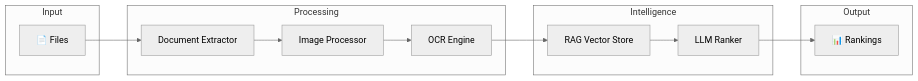
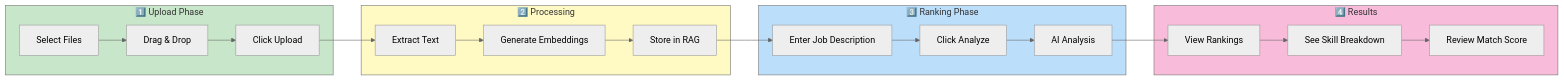
One commit to Pradnesh23/AuraAi changed the second of 4 diagrams in README.md. Above: the diagram before and after it, drawn with Mermaid (neutral theme). The commit also changed other lines of this file, not shown here.

Commit message:
Add comprehensive architecture and flow diagrams

````diff
--- a/README.md
+++ b/README.md
@@ -53,23 +74,31 @@
 ```mermaid
 flowchart LR
-    subgraph Input
-        A[📄 Files]
+    subgraph Upload["1️⃣ Upload Phase"]
+        A[Select Files] --> B[Drag & Drop]
+        B --> C[Click Upload]
     end
-    
-    subgraph Processing
-        B[Document Extractor]
-        C[Image Processor]
-        D[OCR Engine]
+
+    subgraph Process["2️⃣ Processing"]
+        D[Extract Text] --> E[Generate Embeddings]
+        E --> F[Store in RAG]
     end
-    
-    subgraph Intelligence
-        E[RAG Vector Store]
-        F[LLM Ranker]
+
+    subgraph Rank["3️⃣ Ranking Phase"]
+        G[Enter Job Description] --> H[Click Analyze]
+        H --> I[AI Analysis]
     end
-    
-    subgraph Output
-        G[📊 Rankings]
+
+    subgraph Results["4️⃣ Results"]
+        J[View Rankings] --> K[See Skill Breakdown]
+        K --> L[Review Match Score]
     end
-    
-    A --> B --> C --> D --> E --> F --> G
+
+    C --> D
+    F --> G
+    I --> J
+
+    style Upload fill:#c8e6c9
+    style Process fill:#fff9c4
+    style Rank fill:#bbdefb
+    style Results fill:#f8bbd9
 ```
````
